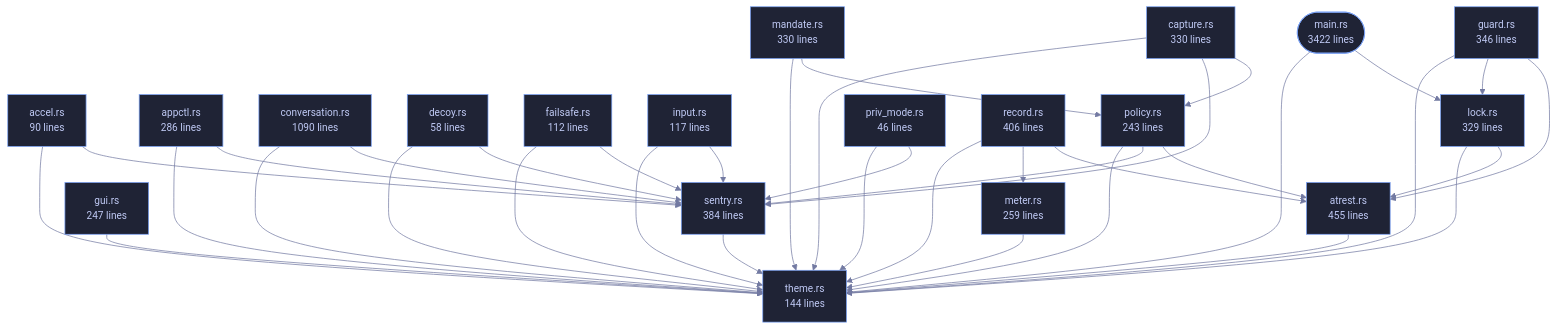
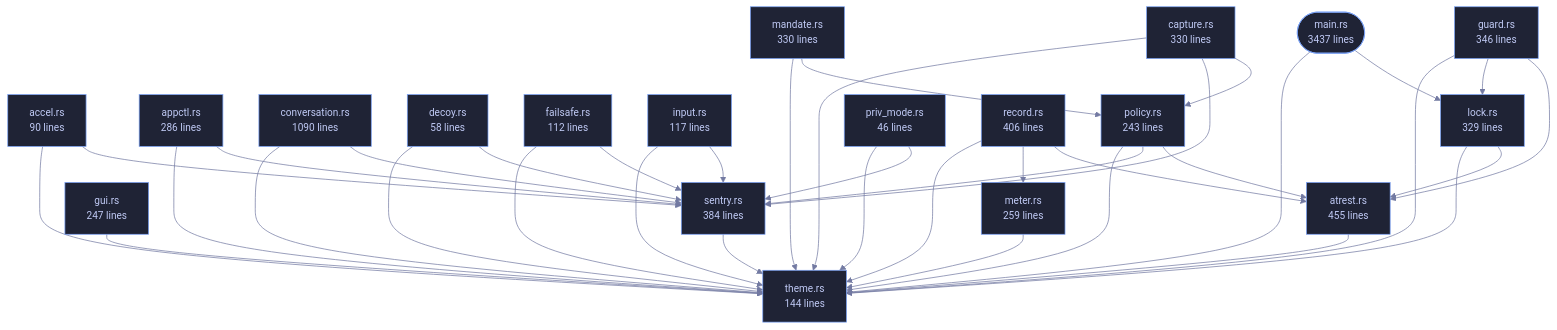
One commit to tilas01/veilvoice changed the diagram in crates/veilvoice-cli/README.md. Above: the diagram before and after it, drawn with Mermaid. The commit also changed other lines of this file and 46 other files, not shown here.

````diff
--- a/crates/veilvoice-cli/README.md
+++ b/crates/veilvoice-cli/README.md
@@ -110,78 +110,78 @@
 ```mermaid
 %%{init: {"theme":"base","themeVariables":{"background":"#1a1b26","primaryColor":"#1f2335","primaryTextColor":"#c0caf5","primaryBorderColor":"#7aa2f7","secondaryColor":"#16161e","tertiaryColor":"#16161e","lineColor":"#737aa2","textColor":"#c0caf5","mainBkg":"#1f2335","nodeBorder":"#7aa2f7","clusterBkg":"#16161e","clusterBorder":"#2f3549","fontFamily":"ui-monospace, SFMono-Regular, Consolas, monospace","fontSize":"14px"}}}%%
 flowchart TD
-    n_main(["main.rs<br/>3422 lines"])
+    n_main(["main.rs<br/>3437 lines"])
     n_accel["accel.rs<br/>90 lines"]
     n_appctl["appctl.rs<br/>286 lines"]
     n_atrest["atrest.rs<br/>455 lines"]
     n_capture["capture.rs<br/>330 lines"]
     n_conversation["conversation.rs<br/>1090 lines"]
     n_decoy["decoy.rs<br/>58 lines"]
     n_failsafe["failsafe.rs<br/>112 lines"]
     n_guard["guard.rs<br/>346 lines"]
     n_gui["gui.rs<br/>247 lines"]
     n_input["input.rs<br/>117 lines"]
     n_lock["lock.rs<br/>329 lines"]
     n_mandate["mandate.rs<br/>330 lines"]
     n_meter["meter.rs<br/>259 lines"]
     n_policy["policy.rs<br/>243 lines"]
     n_priv_mode["priv_mode.rs<br/>46 lines"]
     n_record["record.rs<br/>406 lines"]
     n_sentry["sentry.rs<br/>384 lines"]
     n_theme["theme.rs<br/>144 lines"]
     n_accel --> n_sentry
     n_accel --> n_theme
     n_appctl --> n_sentry
     n_appctl --> n_theme
     n_atrest --> n_theme
     n_capture --> n_policy
     n_capture --> n_sentry
     n_capture --> n_theme
     n_conversation --> n_sentry
     n_conversation --> n_theme
     n_decoy --> n_sentry
     n_decoy --> n_theme
     n_failsafe --> n_sentry
     n_failsafe --> n_theme
     n_guard --> n_atrest
     n_guard --> n_lock
     n_guard --> n_theme
     n_gui --> n_theme
     n_input --> n_sentry
     n_input --> n_theme
     n_lock --> n_atrest
     n_lock --> n_theme
     n_main --> n_lock
     n_main --> n_theme
     n_mandate --> n_policy
     n_mandate --> n_theme
     n_meter --> n_theme
     n_policy --> n_atrest
     n_policy --> n_sentry
     n_policy --> n_theme
     n_priv_mode --> n_sentry
     n_priv_mode --> n_theme
     n_record --> n_atrest
     n_record --> n_meter
     n_record --> n_theme
     n_sentry --> n_theme
     click n_main href "https://github.com/tilas01/veilvoice/blob/main/crates/veilvoice-cli/src/main.rs" "open the source"
     click n_accel href "https://github.com/tilas01/veilvoice/blob/main/crates/veilvoice-cli/src/accel.rs" "open the source"
     click n_appctl href "https://github.com/tilas01/veilvoice/blob/main/crates/veilvoice-cli/src/appctl.rs" "open the source"
     click n_atrest href "https://github.com/tilas01/veilvoice/blob/main/crates/veilvoice-cli/src/atrest.rs" "open the source"
     click n_capture href "https://github.com/tilas01/veilvoice/blob/main/crates/veilvoice-cli/src/capture.rs" "open the source"
     click n_conversation href "https://github.com/tilas01/veilvoice/blob/main/crates/veilvoice-cli/src/conversation.rs" "open the source"
     click n_decoy href "https://github.com/tilas01/veilvoice/blob/main/crates/veilvoice-cli/src/decoy.rs" "open the source"
     click n_failsafe href "https://github.com/tilas01/veilvoice/blob/main/crates/veilvoice-cli/src/failsafe.rs" "open the source"
     click n_guard href "https://github.com/tilas01/veilvoice/blob/main/crates/veilvoice-cli/src/guard.rs" "open the source"
     click n_gui href "https://github.com/tilas01/veilvoice/blob/main/crates/veilvoice-cli/src/gui.rs" "open the source"
     click n_input href "https://github.com/tilas01/veilvoice/blob/main/crates/veilvoice-cli/src/input.rs" "open the source"
     click n_lock href "https://github.com/tilas01/veilvoice/blob/main/crates/veilvoice-cli/src/lock.rs" "open the source"
     click n_mandate href "https://github.com/tilas01/veilvoice/blob/main/crates/veilvoice-cli/src/mandate.rs" "open the source"
     click n_meter href "https://github.com/tilas01/veilvoice/blob/main/crates/veilvoice-cli/src/meter.rs" "open the source"
     click n_policy href "https://github.com/tilas01/veilvoice/blob/main/crates/veilvoice-cli/src/policy.rs" "open the source"
     click n_priv_mode href "https://github.com/tilas01/veilvoice/blob/main/crates/veilvoice-cli/src/priv_mode.rs" "open the source"
     click n_record href "https://github.com/tilas01/veilvoice/blob/main/crates/veilvoice-cli/src/record.rs" "open the source"
     click n_sentry href "https://github.com/tilas01/veilvoice/blob/main/crates/veilvoice-cli/src/sentry.rs" "open the source"
     click n_theme href "https://github.com/tilas01/veilvoice/blob/main/crates/veilvoice-cli/src/theme.rs" "open the source"
 ```
````
